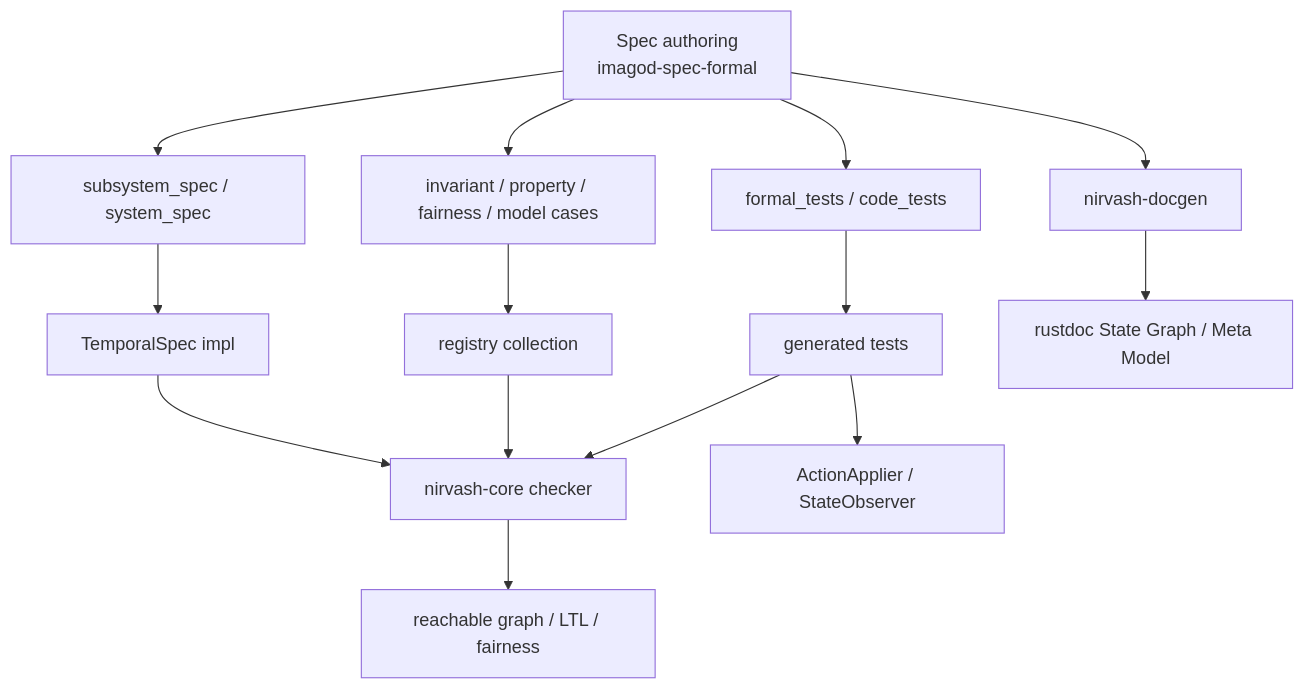
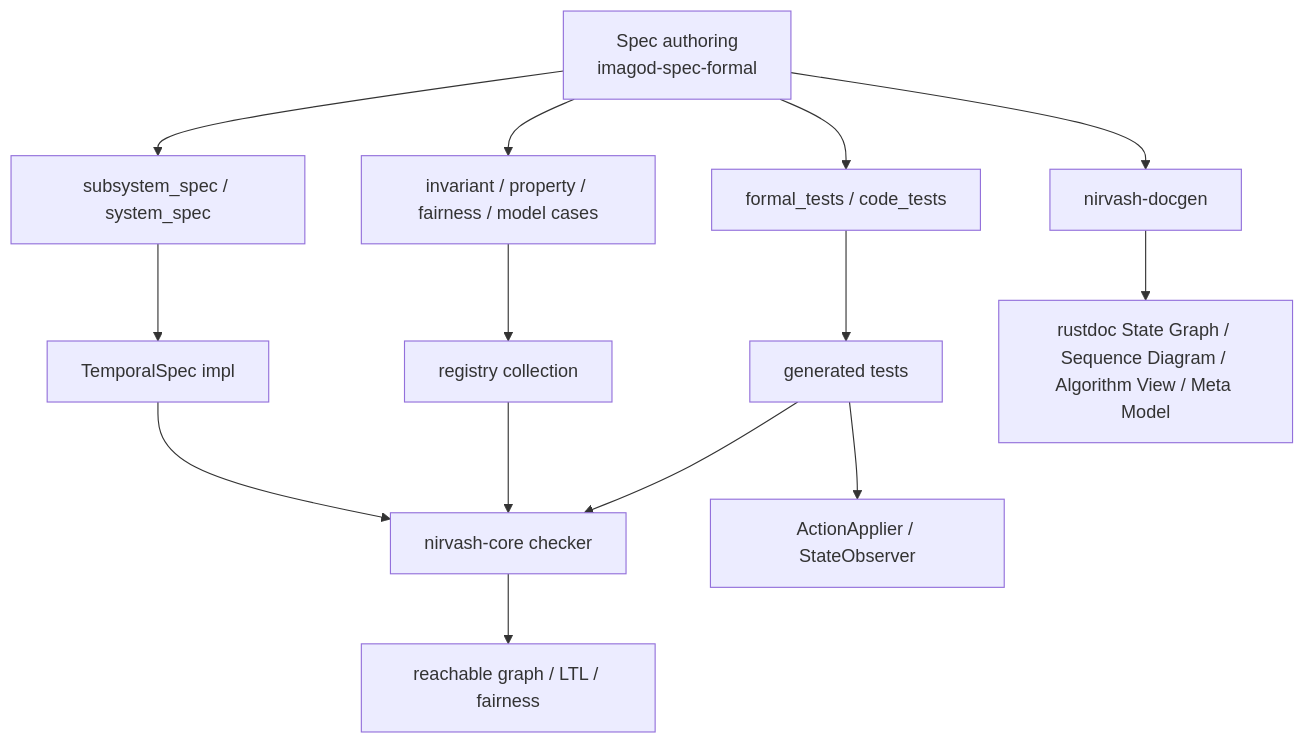
The second of 5 diagrams in docs/nirvash-and-imagod-control.md (yieldspace/imago), drawn with Mermaid before and after one commit. The commit also changed other lines of this file and 11 other files, not shown here.

````diff
--- a/docs/nirvash-and-imagod-control.md
+++ b/docs/nirvash-and-imagod-control.md
@@ -57,16 +57,16 @@
 ```mermaid
 flowchart TD
     A["Spec authoring<br/>imagod-spec-formal"] --> B["subsystem_spec / system_spec"]
     A --> C["invariant / property / fairness / model cases"]
     A --> D["formal_tests / code_tests"]
     B --> E["TemporalSpec impl"]
     C --> F["registry collection"]
     D --> G["generated tests"]
     E --> H["nirvash-core checker"]
     F --> H
     G --> H
     G --> I["ActionApplier / StateObserver"]
     H --> J["reachable graph / LTL / fairness"]
     A --> K["nirvash-docgen"]
-    K --> L["rustdoc State Graph / Meta Model"]
+    K --> L["rustdoc State Graph / Sequence Diagram / Algorithm View / Meta Model"]
 ```
````
